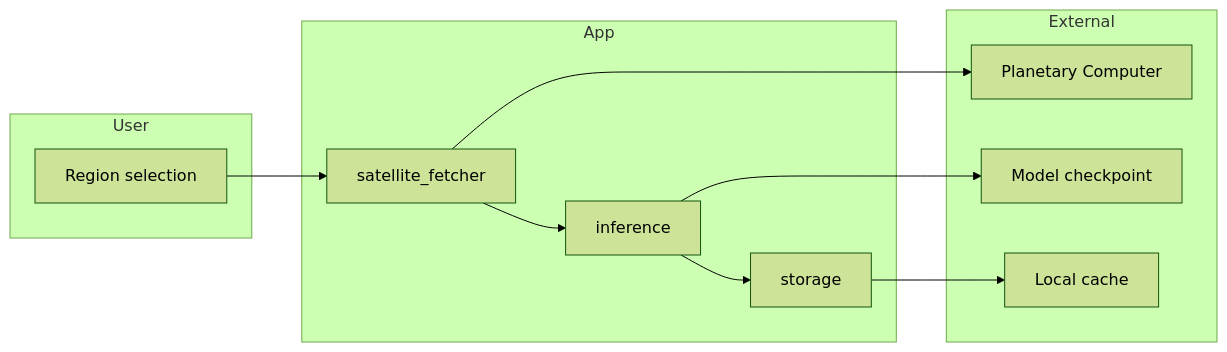
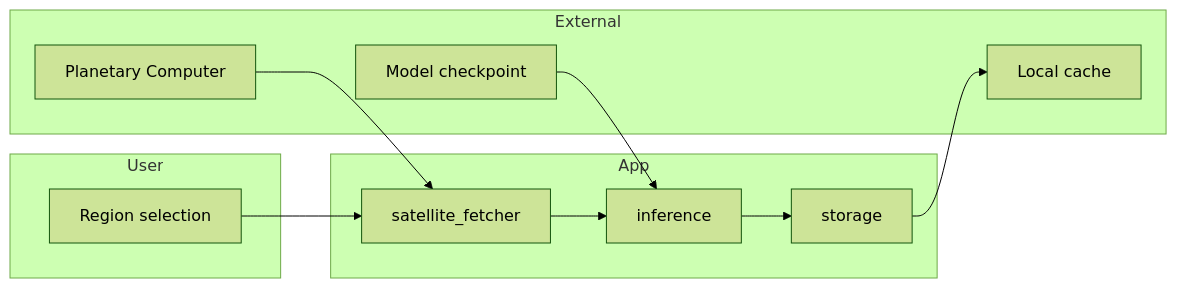
One commit to essenciary/aidlfire changed the diagram in docs/APP.md. Above: the diagram before and after it, drawn with Mermaid (forest theme). The commit also changed other lines of this file, not shown here.

````diff
--- a/docs/APP.md
+++ b/docs/APP.md
@@ -66,25 +66,25 @@
 ```mermaid
 flowchart LR
     subgraph USER["User"]
         A["Region selection"]
     end
 
     subgraph APP["App"]
         B["satellite_fetcher"]
         C["inference"]
         D["storage"]
     end
 
     subgraph EXTERNAL["External"]
         E["Planetary Computer"]
         F["Model checkpoint"]
         G["Local cache"]
     end
 
     A --> B
-    B --> E
+    E --> B
     B --> C
-    C --> F
+    F --> C
     C --> D
     D --> G
 ```
````
